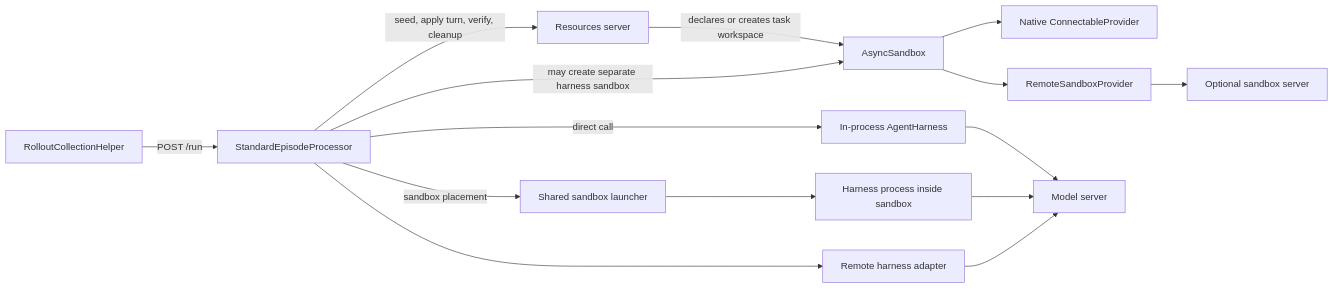
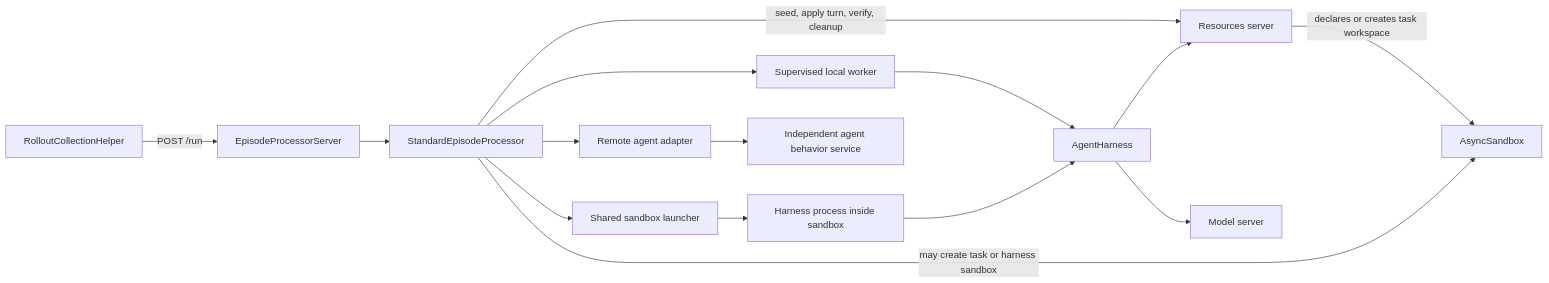
Before and after one commit to ananthsub/Gym: the first of 8 diagrams in investigations/episode-orchestration-design.md, drawn with Mermaid. The commit also changed other lines of this file and 1 other file, not shown here.

First line of the commit message:
docs(investigations): define whole Gym execution architecture

````diff
--- a/investigations/episode-orchestration-design.md
+++ b/investigations/episode-orchestration-design.md
@@ -42,17 +64,17 @@
 ```mermaid
 flowchart LR
-    Collector["RolloutCollectionHelper"] -->|POST /run| Processor["StandardEpisodeProcessor"]
-    Processor -->|seed, apply turn, verify, cleanup| Resources["Resources server"]
-    Processor -->|direct call| Local["In-process AgentHarness"]
-    Processor -->|sandbox placement| Launcher["Shared sandbox launcher"]
+    Collector["RolloutCollectionHelper"] -->|"POST /run"| ProcessorServer["EpisodeProcessorServer"]
+    ProcessorServer --> Processor["StandardEpisodeProcessor"]
+    Processor -->|"seed, apply turn, verify, cleanup"| Resources["Resources server"]
+    Processor --> Local["Supervised local worker"]
+    Processor --> Launcher["Shared sandbox launcher"]
     Launcher --> Guest["Harness process inside sandbox"]
-    Processor --> Remote["Remote harness adapter"]
-    Resources -->|declares or creates task workspace| Sandbox["AsyncSandbox"]
-    Processor -->|may create separate harness sandbox| Sandbox
-    Sandbox --> Direct["Native ConnectableProvider"]
-    Sandbox --> Proxy["RemoteSandboxProvider"]
-    Proxy --> Server["Optional sandbox server"]
-    Local --> Model["Model server"]
-    Guest --> Model
-    Remote --> Model
+    Processor --> Remote["Remote agent adapter"]
+    Local --> Harness["AgentHarness"]
+    Guest --> Harness
+    Remote --> AgentServer["Independent agent behavior service"]
+    Resources -->|"declares or creates task workspace"| Sandbox["AsyncSandbox"]
+    Processor -->|"may create task or harness sandbox"| Sandbox
+    Harness --> Model["Model server"]
+    Harness --> Resources
 ```
````
